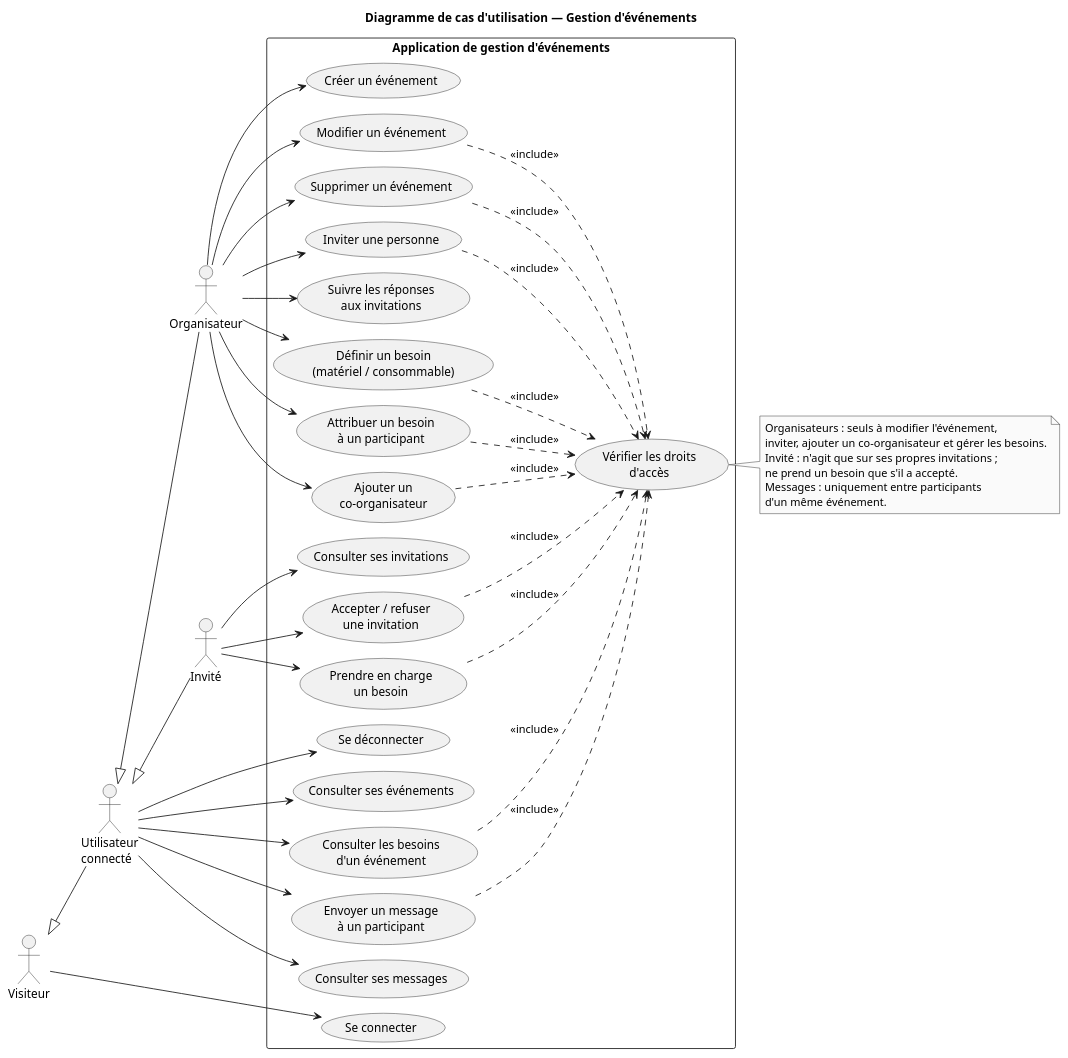
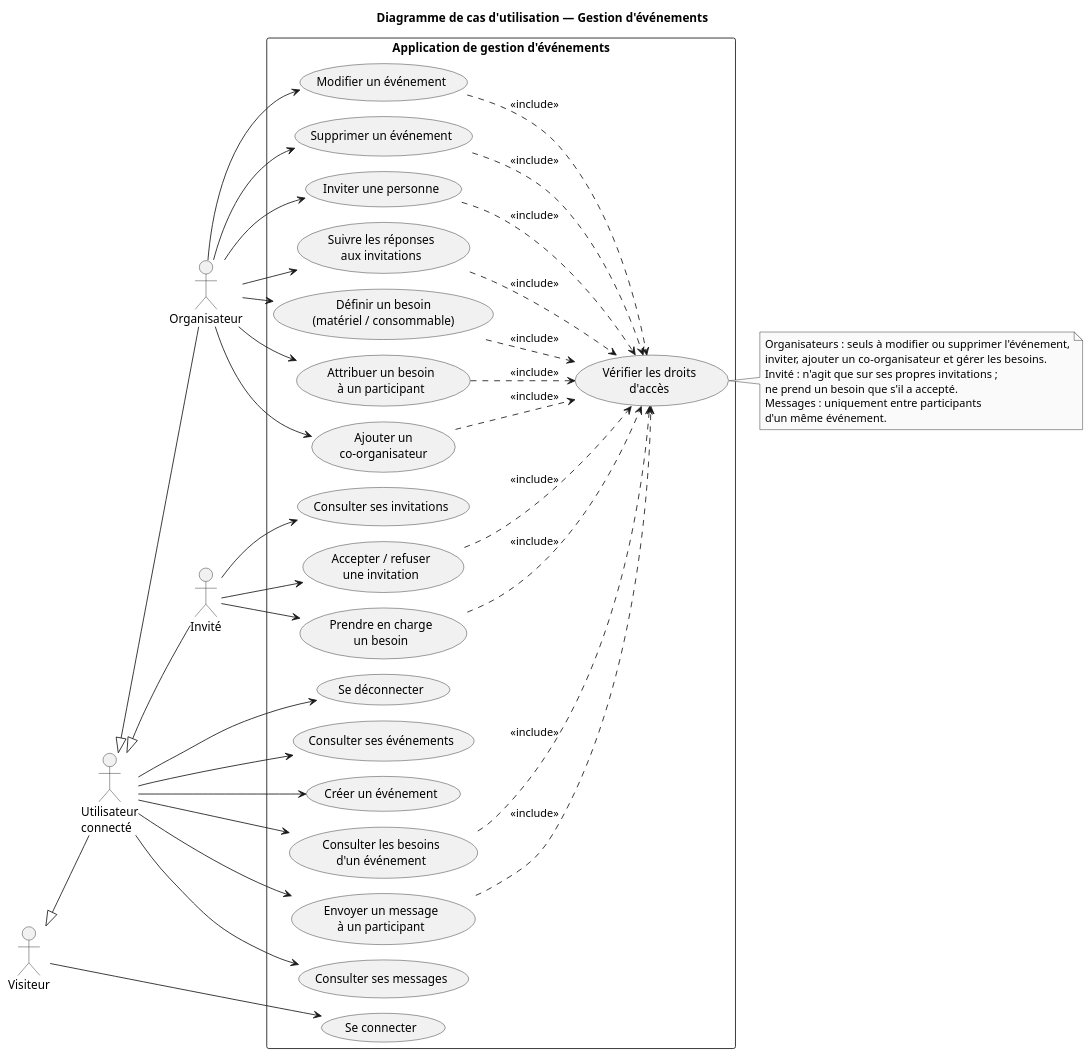
One commit to Tactiis239/gestion-event changed the diagram in doc/uml/cas-utilisation.puml. Above: the diagram before and after it, drawn with PlantUML. The commit also changed 8 other files, not shown here.

```diff
--- a/doc/uml/cas-utilisation.puml
+++ b/doc/uml/cas-utilisation.puml
@@ -1,83 +1,84 @@
 @startuml cas-utilisation
 !pragma layout smetana
 left to right direction
 skinparam shadowing false
 skinparam packageStyle rectangle
 skinparam monochrome true
 skinparam defaultFontName Helvetica
 
 title Diagramme de cas d'utilisation — Gestion d'événements
 
 actor "Visiteur" as V
 actor "Utilisateur\nconnecté" as U
 actor "Organisateur" as O
 actor "Invité" as I
 
 V <|-- U
 U <|-- O
 U <|-- I
 
 rectangle "Application de gestion d'événements" {
   usecase "Se connecter" as UC1
   usecase "Se déconnecter" as UC2
   usecase "Consulter ses événements" as UC3
 
   usecase "Créer un événement" as UC4
   usecase "Modifier un événement" as UC5
   usecase "Supprimer un événement" as UC6
   usecase "Inviter une personne" as UC7
   usecase "Suivre les réponses\naux invitations" as UC8
   usecase "Définir un besoin\n(matériel / consommable)" as UC9
   usecase "Attribuer un besoin\nà un participant" as UC10
   usecase "Ajouter un\nco-organisateur" as UC15
 
   usecase "Consulter ses invitations" as UC11
   usecase "Accepter / refuser\nune invitation" as UC12
   usecase "Prendre en charge\nun besoin" as UC13
   usecase "Consulter les besoins\nd'un événement" as UC14
   usecase "Envoyer un message\nà un participant" as UC16
   usecase "Consulter ses messages" as UC17
 
   usecase "Vérifier les droits\nd'accès" as UCD
 }
 
 V --> UC1
 U --> UC2
 U --> UC3
+U --> UC4
 U --> UC14
 U --> UC16
 U --> UC17
 
-O --> UC4
 O --> UC5
 O --> UC6
 O --> UC7
 O --> UC8
 O --> UC9
 O --> UC10
 O --> UC15
 
 I --> UC11
 I --> UC12
 I --> UC13
 
 UC5 ..> UCD : <<include>>
 UC6 ..> UCD : <<include>>
 UC7 ..> UCD : <<include>>
 UC9 ..> UCD : <<include>>
 UC10 ..> UCD : <<include>>
 UC12 ..> UCD : <<include>>
 UC13 ..> UCD : <<include>>
+UC8 ..> UCD : <<include>>
 UC14 ..> UCD : <<include>>
 UC15 ..> UCD : <<include>>
 UC16 ..> UCD : <<include>>
 
 note right of UCD
-  Organisateurs : seuls à modifier l'événement,
+  Organisateurs : seuls à modifier ou supprimer l'événement,
   inviter, ajouter un co-organisateur et gérer les besoins.
   Invité : n'agit que sur ses propres invitations ;
   ne prend un besoin que s'il a accepté.
   Messages : uniquement entre participants
   d'un même événement.
 end note
 @enduml
```
